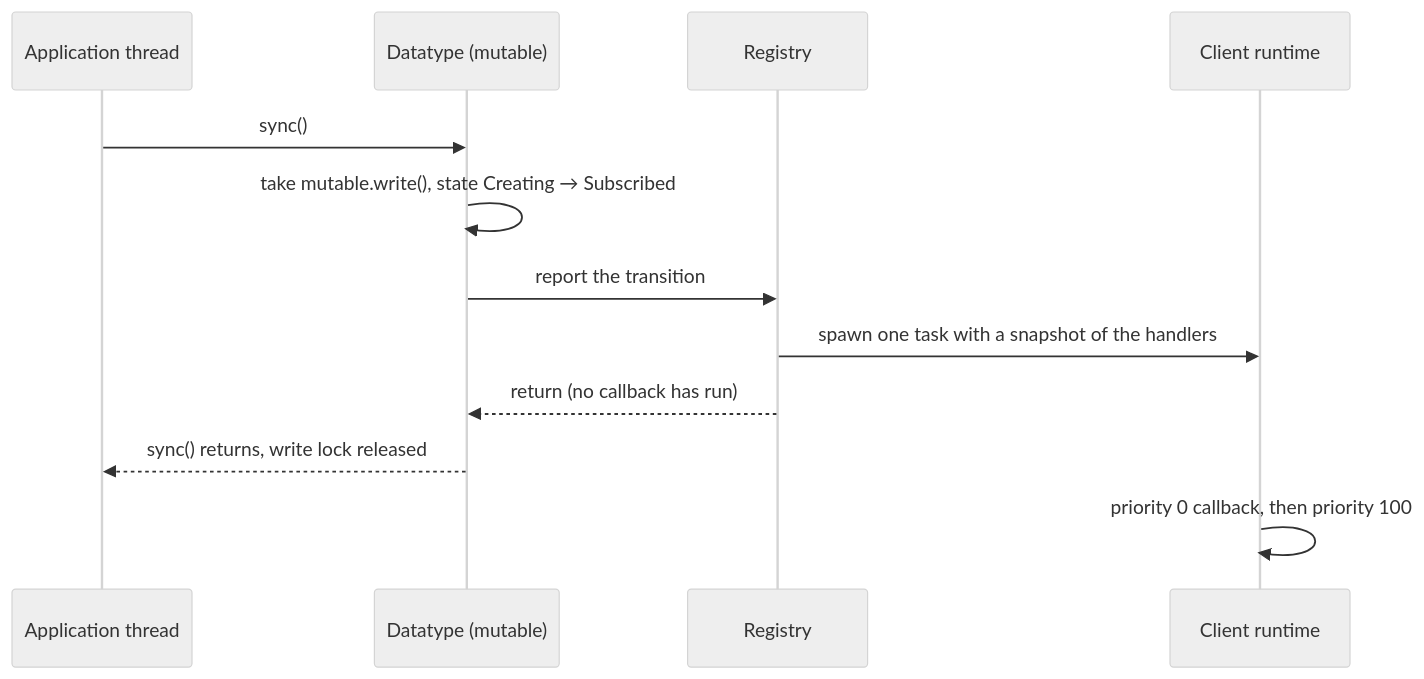
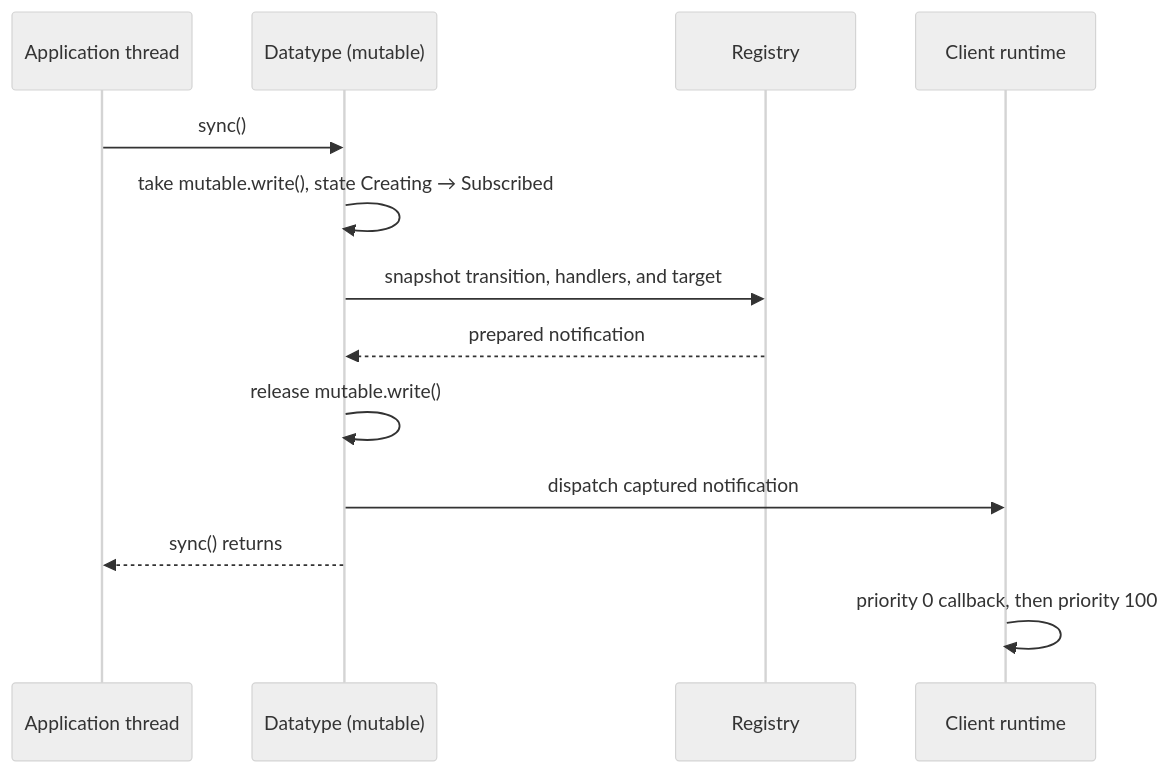
One commit to qortoo/qortoo-rs changed the second of 2 diagrams in docs/handler-system.md. Above: the diagram before and after it, drawn with Mermaid (neutral theme). The commit also changed other lines of this file and 43 other files, not shown here.

````diff
--- a/docs/handler-system.md
+++ b/docs/handler-system.md
@@ -95,15 +107,16 @@
 ```mermaid
 sequenceDiagram
     participant App as Application thread
     participant DT as Datatype (mutable)
     participant Reg as Registry
     participant RT as Client runtime
 
     App->>DT: sync()
     DT->>DT: take mutable.write(), state Creating → Subscribed
-    DT->>Reg: report the transition
-    Reg->>RT: spawn one task with a snapshot of the handlers
-    Reg-->>DT: return (no callback has run)
-    DT-->>App: sync() returns, write lock released
+    DT->>Reg: snapshot transition, handlers, and target
+    Reg-->>DT: prepared notification
+    DT->>DT: release mutable.write()
+    DT->>RT: dispatch captured notification
+    DT-->>App: sync() returns
     RT->>RT: priority 0 callback, then priority 100
 ```
````
